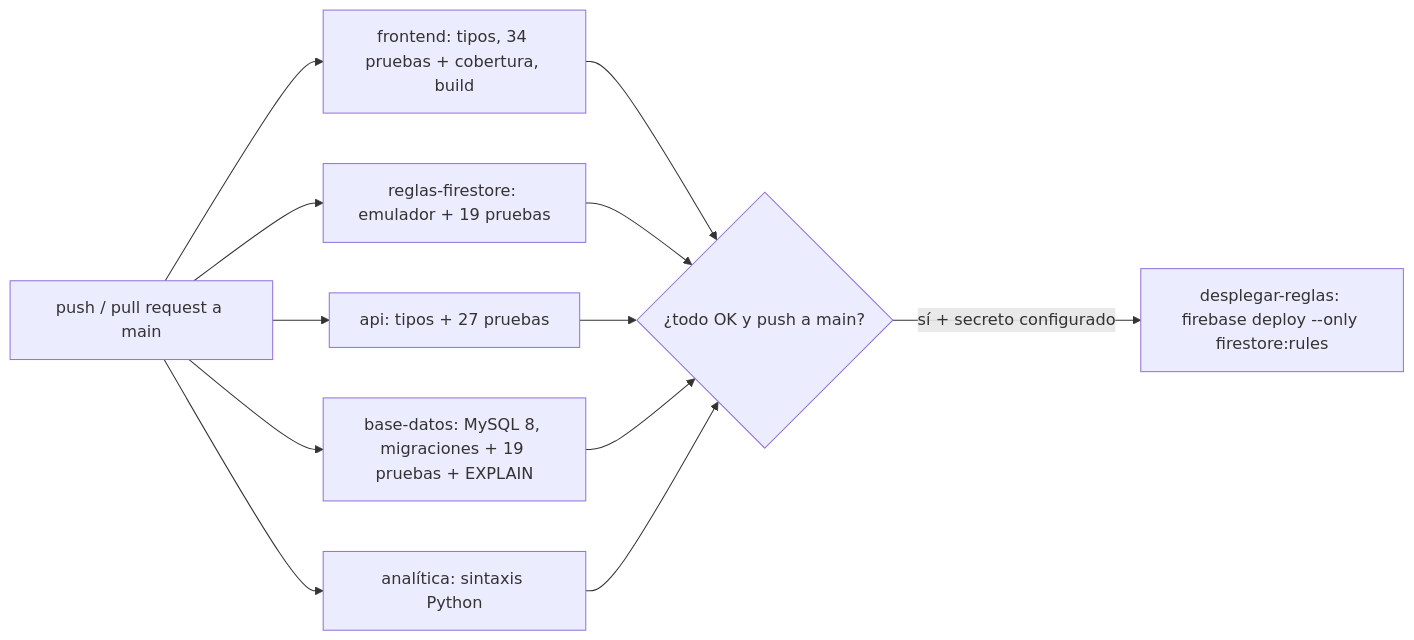
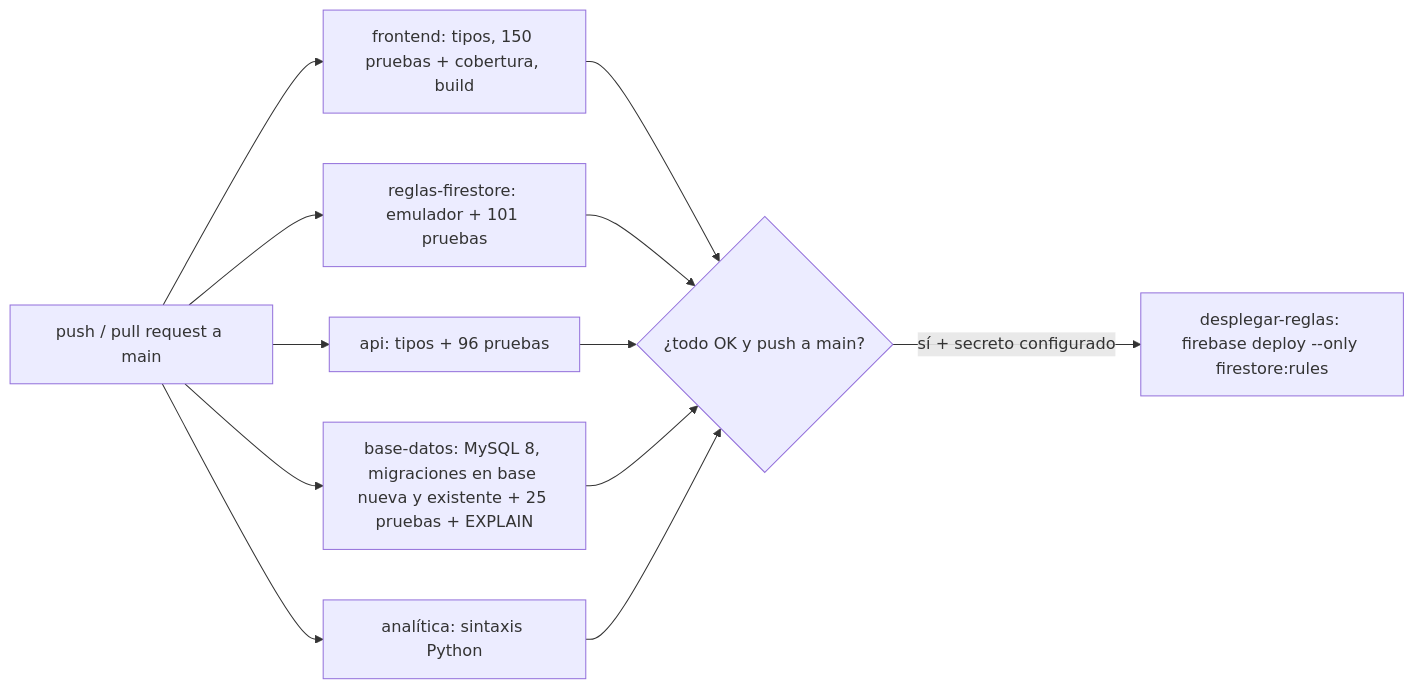
Before and after one commit to yucradavid/Perfil-de-egreso-Plataforma-Web-Integral-CERMAT: the diagram in docs/e4-calidad-operacion-ce024.md, drawn with Mermaid. The commit also changed other lines of this file and 27 other files, not shown here.

````diff
--- a/docs/e4-calidad-operacion-ce024.md
+++ b/docs/e4-calidad-operacion-ce024.md
@@ -134,14 +172,14 @@
 ```mermaid
 flowchart LR
-  P["push / pull request a main"] --> F["frontend: tipos, 34 pruebas + cobertura, build"]
-  P --> R["reglas-firestore: emulador + 19 pruebas"]
-  P --> A["api: tipos + 27 pruebas"]
-  P --> B["base-datos: MySQL 8, migraciones + 19 pruebas + EXPLAIN"]
+  P["push / pull request a main"] --> F["frontend: tipos, 150 pruebas + cobertura, build"]
+  P --> R["reglas-firestore: emulador + 101 pruebas"]
+  P --> A["api: tipos + 96 pruebas"]
+  P --> B["base-datos: MySQL 8, migraciones en base nueva y existente + 25 pruebas + EXPLAIN"]
   P --> Y["analítica: sintaxis Python"]
   F --> D{"¿todo OK y push a main?"}
   R --> D
   A --> D
   B --> D
   Y --> D
   D -->|"sí + secreto configurado"| G["desplegar-reglas: firebase deploy --only firestore:rules"]
 ```
````
